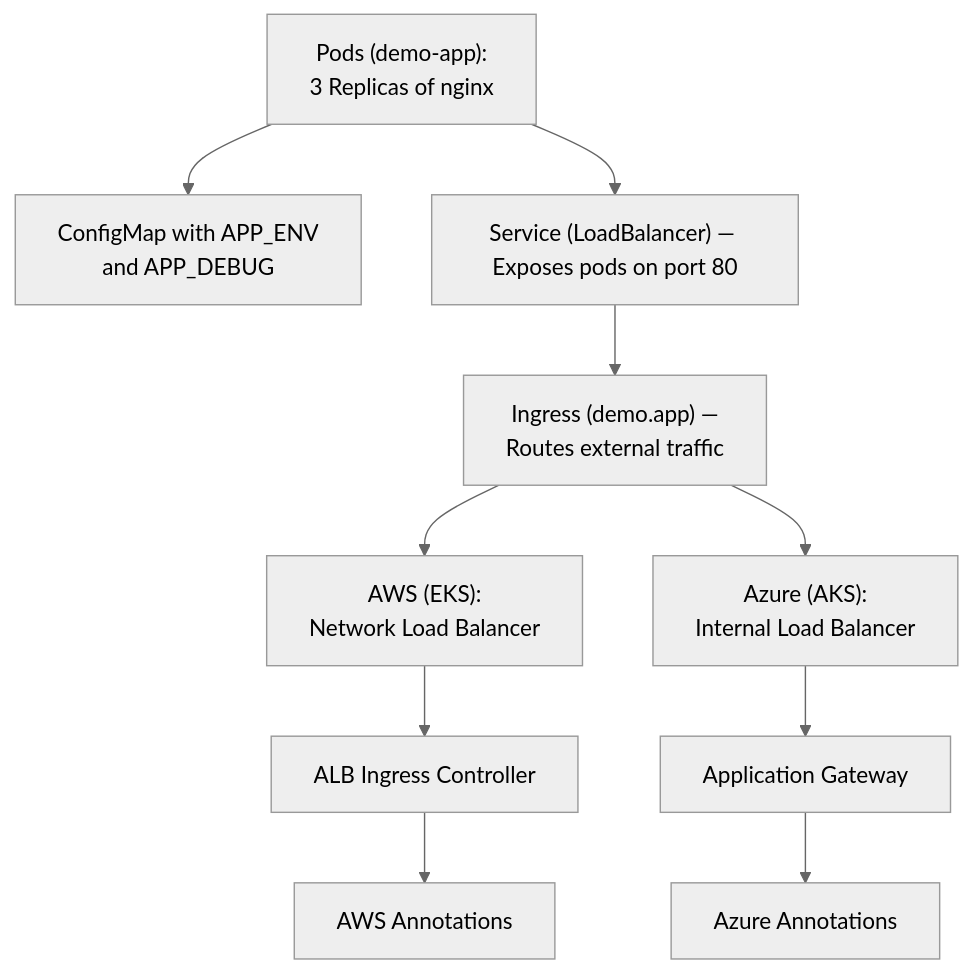
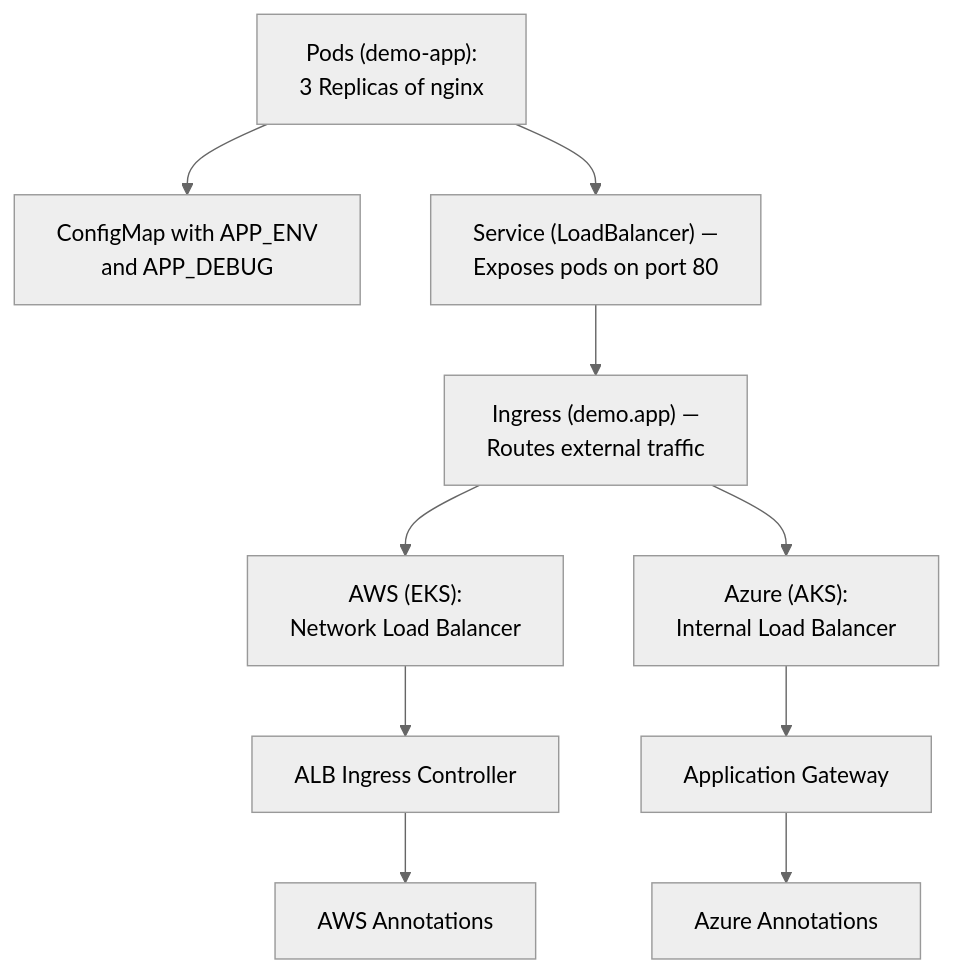
One commit to obintui10/kubernetes-multi-cloud-demo changed the diagram in README.md. Above: the diagram before and after it, drawn with Mermaid (neutral theme).

````diff
--- a/README.md
+++ b/README.md
@@ -98,21 +98,22 @@
 ```mermaid
 flowchart TB
     Pods["Pods (demo-app):
 3 Replicas of nginx"] --> Config["ConfigMap with APP_ENV
 and APP_DEBUG"]
 
-    Pods --> Service["Service (LoadBalancer) — Exposes pods on port 80"]
+    Pods --> Service["Service (LoadBalancer) —
+Exposes pods on port 80"]
     Service --> Ingress["Ingress (demo.app) —
 Routes external traffic"]
 
     Ingress --> AWS_NLB["AWS (EKS):
 Network Load Balancer"]
     AWS_NLB --> AWS_ALB["ALB Ingress Controller"]
     AWS_ALB --> AWS_Anno["AWS Annotations"]
 
     Ingress --> Azure_ILB["Azure (AKS):
 Internal Load Balancer"]
     Azure_ILB --> Azure_AppGW["Application Gateway"]
     Azure_AppGW --> Azure_Anno["Azure Annotations"]
 
 ```
````
